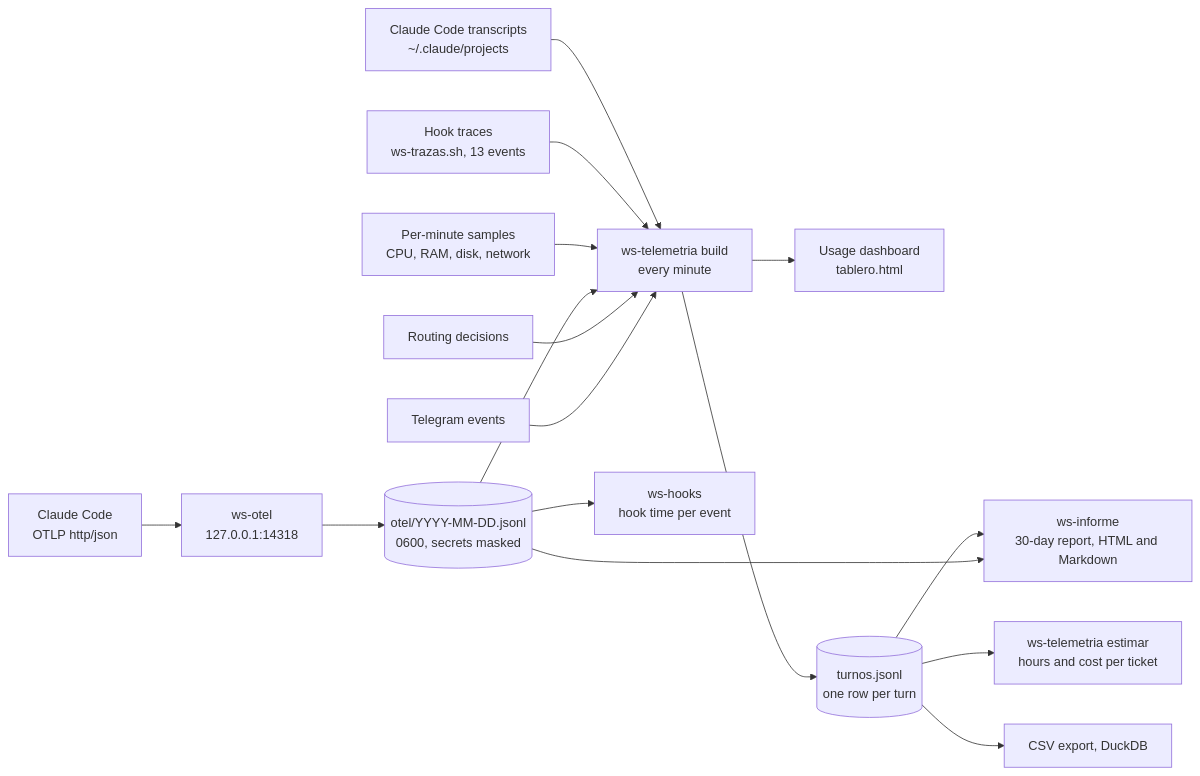
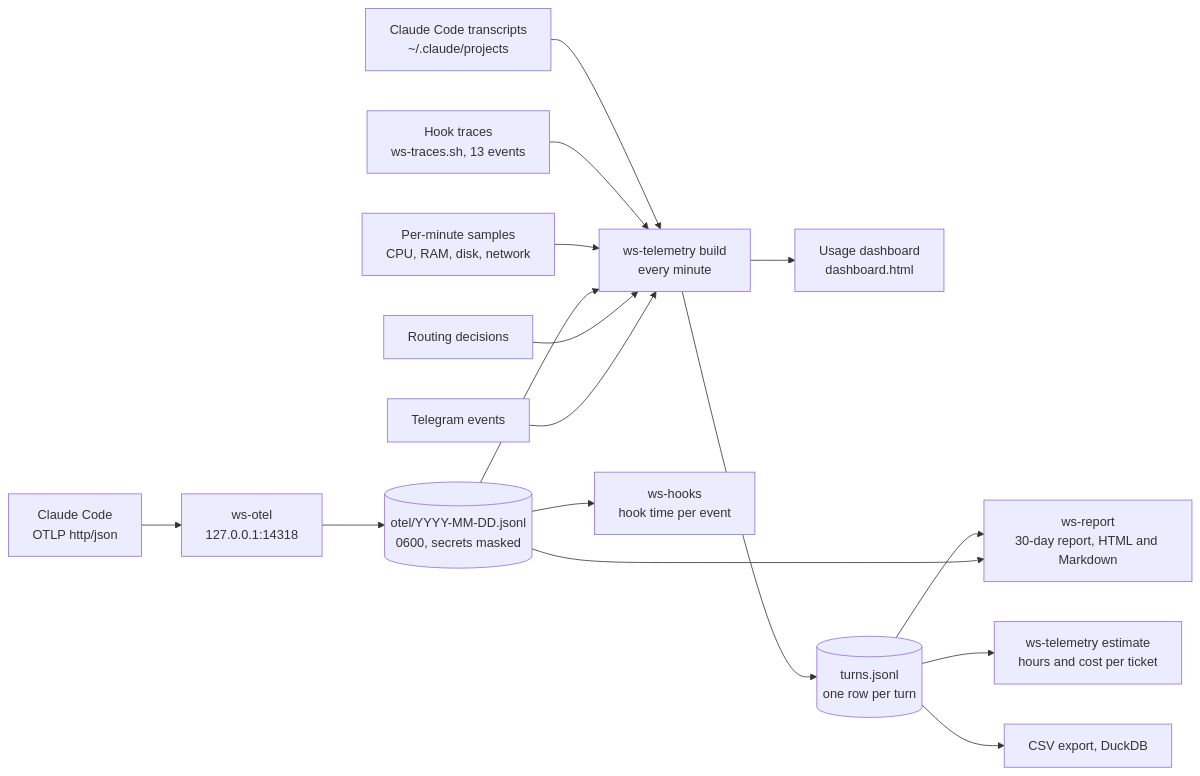
The seventh of 10 diagrams in docs/DIAGRAMS.md (andreshma/claude-workstation), drawn with Mermaid before and after one commit. The commit also changed other lines of this file and 226 other files, not shown here.

````diff
--- a/docs/DIAGRAMS.md
+++ b/docs/DIAGRAMS.md
@@ -255,18 +255,18 @@
 ```mermaid
 flowchart LR
-  tx["Claude Code transcripts<br/>~/.claude/projects"] --> build["ws-telemetria build<br/>every minute"]
-  tr["Hook traces<br/>ws-trazas.sh, 13 events"] --> build
+  tx["Claude Code transcripts<br/>~/.claude/projects"] --> build["ws-telemetry build<br/>every minute"]
+  tr["Hook traces<br/>ws-traces.sh, 13 events"] --> build
   res["Per-minute samples<br/>CPU, RAM, disk, network"] --> build
   cc["Claude Code<br/>OTLP http/json"] --> otel["ws-otel<br/>127.0.0.1:14318"]
   otel --> ofiles[("otel/YYYY-MM-DD.jsonl<br/>0600, secrets masked")]
   ofiles --> build
   rt["Routing decisions"] --> build
   tg["Telegram events"] --> build
-  build --> dash["Usage dashboard<br/>tablero.html"]
-  build --> turns[("turnos.jsonl<br/>one row per turn")]
-  turns --> report["ws-informe<br/>30-day report, HTML and Markdown"]
+  build --> dash["Usage dashboard<br/>dashboard.html"]
+  build --> turns[("turns.jsonl<br/>one row per turn")]
+  turns --> report["ws-report<br/>30-day report, HTML and Markdown"]
   ofiles --> report
   ofiles --> hk["ws-hooks<br/>hook time per event"]
-  turns --> est["ws-telemetria estimar<br/>hours and cost per ticket"]
+  turns --> est["ws-telemetry estimate<br/>hours and cost per ticket"]
   turns --> csv["CSV export, DuckDB"]
 ```
````
